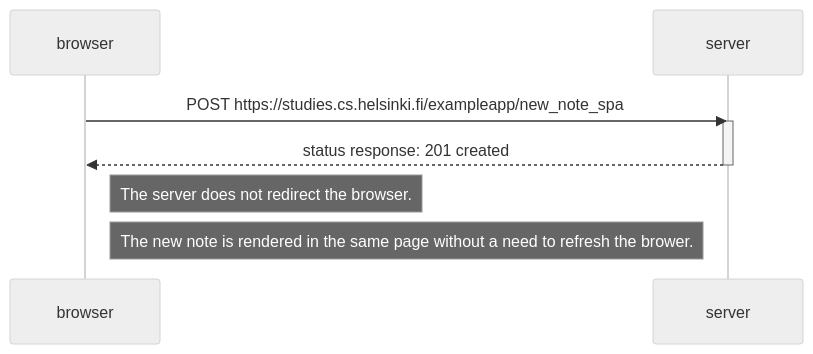
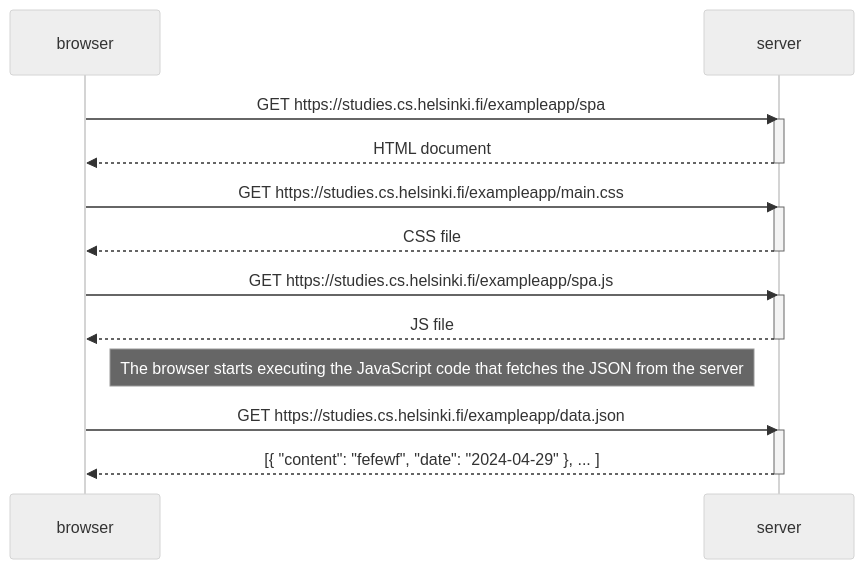
The diagram in part0/Single page app diagram/README.md (Brightini/fullstackopen_exercises), drawn with Mermaid (neutral theme) before and after one commit. The commit also changed 2 other files, not shown here.

Commit message:
Updated readme file

````diff
--- a/part0/Single page app diagram/README.md
+++ b/part0/Single page app diagram/README.md
@@ -1,13 +1,27 @@
 ```mermaid
 sequenceDiagram
 	participant browser
 	participant server
 
-	browser->>server: POST https://studies.cs.helsinki.fi/exampleapp/new_note_spa
+	browser->>server: GET https://studies.cs.helsinki.fi/exampleapp/spa
 	activate server
-	server-->>browser: status response: 201 created
+	server-->>browser: HTML document
 	deactivate server
 
-	Note right of browser: The server does not redirect the browser.
-	Note right of browser: The new note is rendered in the same page without a need to refresh the brower.
+	browser->>server: GET https://studies.cs.helsinki.fi/exampleapp/main.css
+	activate server
+	server-->>browser: CSS file
+	deactivate server
+
+	browser->>server: GET https://studies.cs.helsinki.fi/exampleapp/spa.js
+	activate server
+	server-->>browser: JS file
+	deactivate server
+
+	Note right of browser: The browser starts executing the JavaScript code that fetches the JSON from the server
+
+	browser->>server: GET https://studies.cs.helsinki.fi/exampleapp/data.json
+	activate server
+	server-->>browser: [{ "content": "fefewf", "date": "2024-04-29" }, ... ]
+	deactivate server
 ```
````
